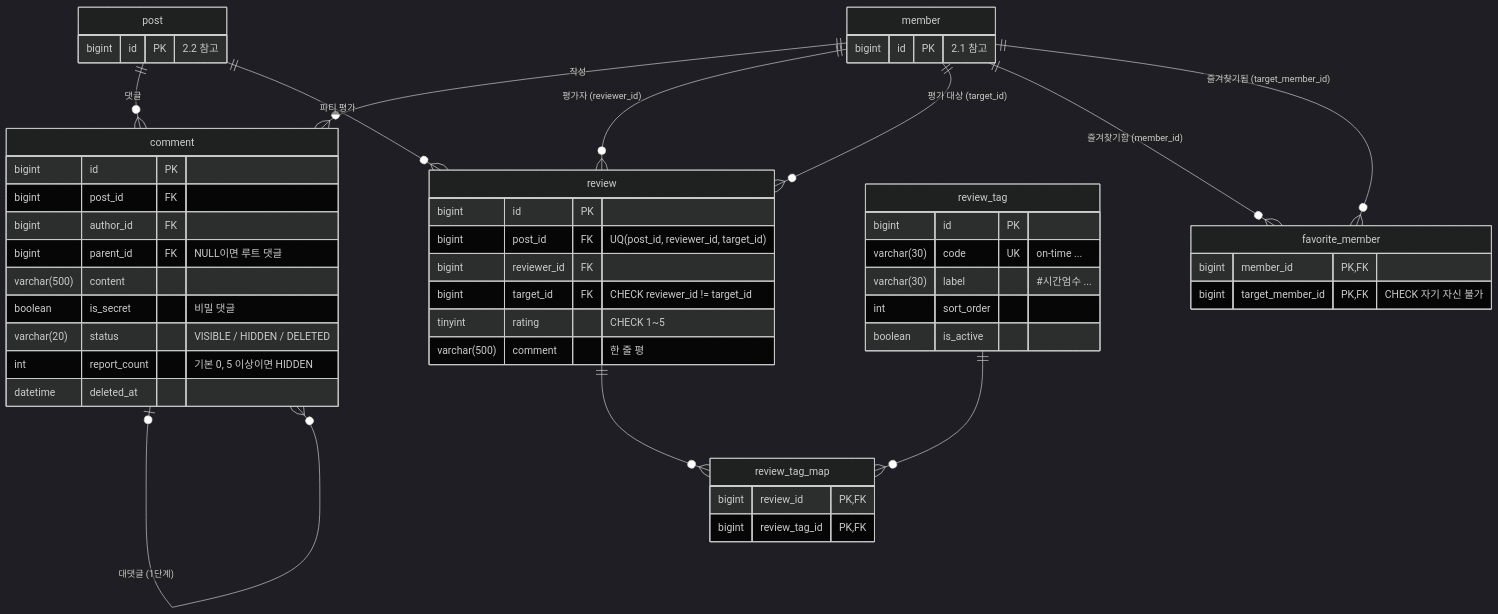
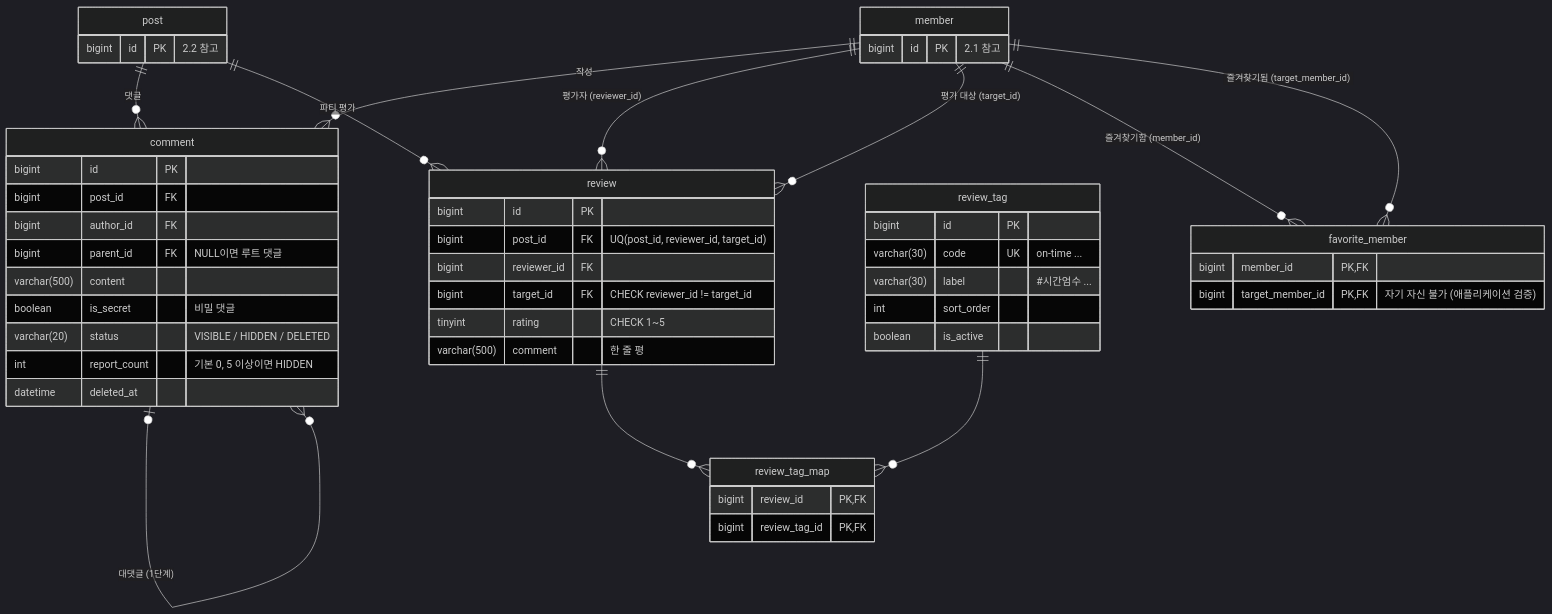
The fourth of 6 diagrams in docs/04-erd.md (likelion-backendschool-11st/basic-project-2team), drawn with Mermaid (dark theme) before and after one commit. The commit also changed other lines of this file and 4 other files, not shown here.

First line of the commit message:
feat: MySQL 스키마(schema.sql)와 앱 전용 계정 생성 SQL 추가

````diff
--- a/docs/04-erd.md
+++ b/docs/04-erd.md
@@ -301,60 +301,60 @@
 ```mermaid
 erDiagram
     post ||--o{ comment : "댓글"
     member ||--o{ comment : "작성"
     comment |o--o{ comment : "대댓글 (1단계)"
     post ||--o{ review : "파티 평가"
     member ||--o{ review : "평가자 (reviewer_id)"
     member ||--o{ review : "평가 대상 (target_id)"
     review ||--o{ review_tag_map : ""
     review_tag ||--o{ review_tag_map : ""
     member ||--o{ favorite_member : "즐겨찾기함 (member_id)"
     member ||--o{ favorite_member : "즐겨찾기됨 (target_member_id)"
 
     comment {
         bigint id PK
         bigint post_id FK
         bigint author_id FK
         bigint parent_id FK "NULL이면 루트 댓글"
         varchar(500) content
         boolean is_secret "비밀 댓글"
         varchar(20) status "VISIBLE / HIDDEN / DELETED"
         int report_count "기본 0, 5 이상이면 HIDDEN"
         datetime deleted_at
     }
 
     review {
         bigint id PK
         bigint post_id FK "UQ(post_id, reviewer_id, target_id)"
         bigint reviewer_id FK
         bigint target_id FK "CHECK reviewer_id != target_id"
         tinyint rating "CHECK 1~5"
         varchar(500) comment "한 줄 평"
     }
 
     review_tag {
         bigint id PK
         varchar(30) code UK "on-time ..."
         varchar(30) label "#시간엄수 ..."
         int sort_order
         boolean is_active
     }
 
     review_tag_map {
         bigint review_id PK, FK
         bigint review_tag_id PK, FK
     }
 
     favorite_member {
         bigint member_id PK, FK
-        bigint target_member_id PK, FK "CHECK 자기 자신 불가"
+        bigint target_member_id PK, FK "자기 자신 불가 (애플리케이션 검증)"
     }
 
     post {
         bigint id PK "2.2 참고"
     }
 
     member {
         bigint id PK "2.1 참고"
     }
 ```
````
